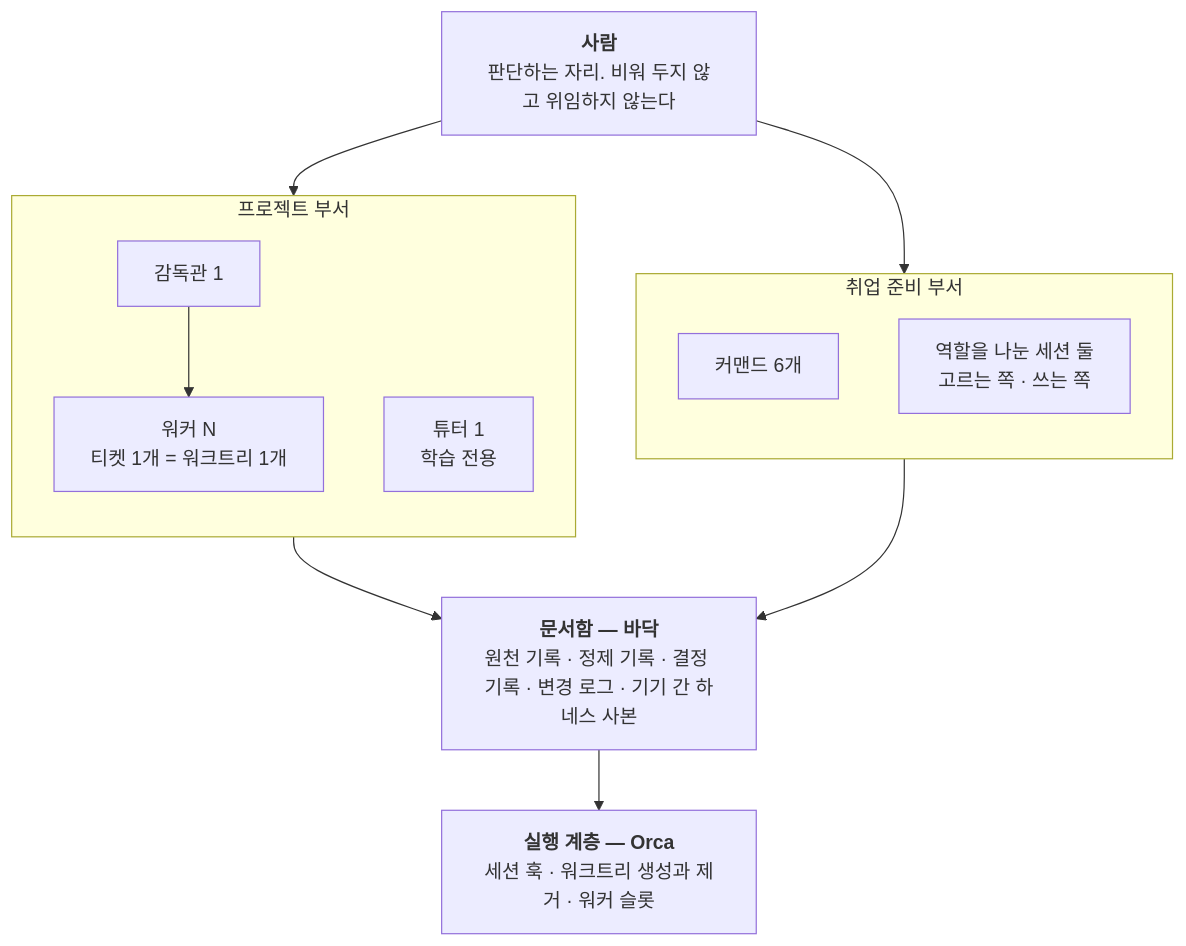
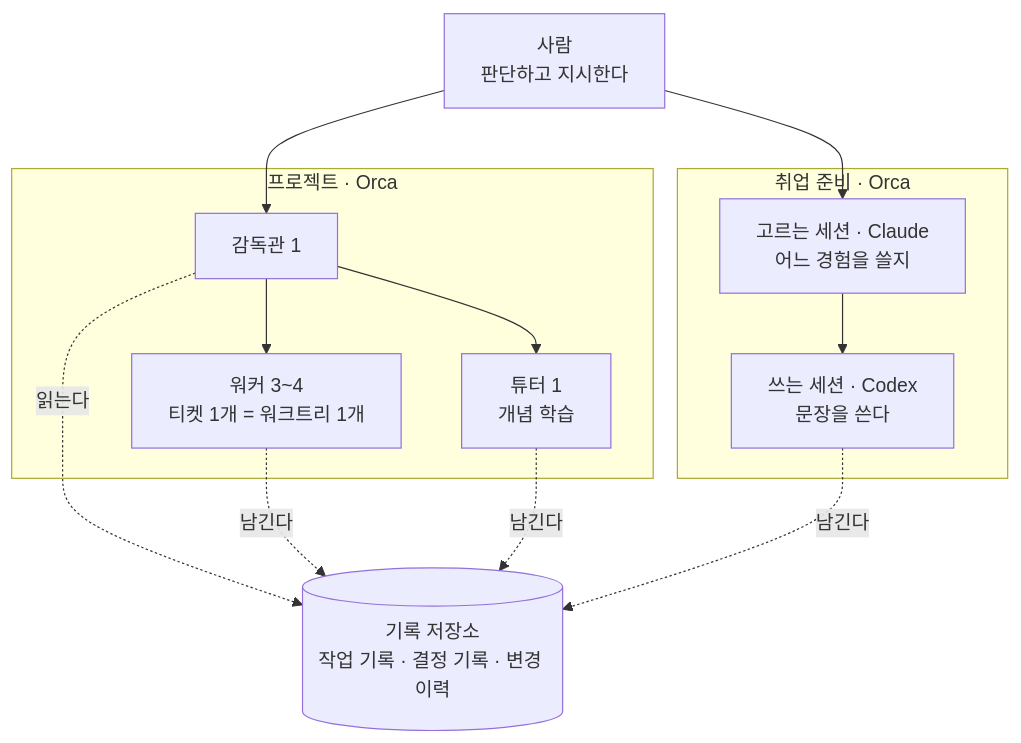
One commit to TrossYou/portfolio changed the diagram in harness.md. Above: the diagram before and after it, drawn with Mermaid. The commit also changed other lines of this file and 3 other files, not shown here.

````diff
--- a/harness.md
+++ b/harness.md
@@ -55,25 +49,22 @@
 ```mermaid
 flowchart TB
-    H["<b>사람</b><br/>판단하는 자리. 비워 두지 않고 위임하지 않는다"]
+    H["사람<br/>판단하고 지시한다"]
 
-    subgraph P["프로젝트 부서"]
-        direction TB
-        S["감독관 1"] --> W["워커 N<br/>티켓 1개 = 워크트리 1개"]
-        T["튜터 1<br/>학습 전용"]
+    subgraph P["프로젝트 · Orca"]
+        S["감독관 1"] --> W["워커 3~4<br/>티켓 1개 = 워크트리 1개"]
+        S --> T["튜터 1<br/>개념 학습"]
     end
 
-    subgraph J["취업 준비 부서"]
-        direction TB
-        C["커맨드 6개"]
-        R["역할을 나눈 세션 둘<br/>고르는 쪽 · 쓰는 쪽"]
+    subgraph J["취업 준비 · Orca"]
+        C["고르는 세션 · Claude<br/>어느 경험을 쓸지"] --> R["쓰는 세션 · Codex<br/>문장을 쓴다"]
     end
 
-    D["<b>문서함 — 바닥</b><br/>원천 기록 · 정제 기록 · 결정 기록 · 변경 로그 · 기기 간 하네스 사본"]
-    O["<b>실행 계층 — Orca</b><br/>세션 훅 · 워크트리 생성과 제거 · 워커 슬롯"]
+    K[("기록 저장소<br/>작업 기록 · 결정 기록 · 변경 이력")]
 
-    H --> P
-    H --> J
-    P --> D
-    J --> D
-    D --> O
+    H --> S
+    H --> C
+    S -.읽는다.-> K
+    W -.남긴다.-> K
+    T -.남긴다.-> K
+    R -.남긴다.-> K
 ```
````
